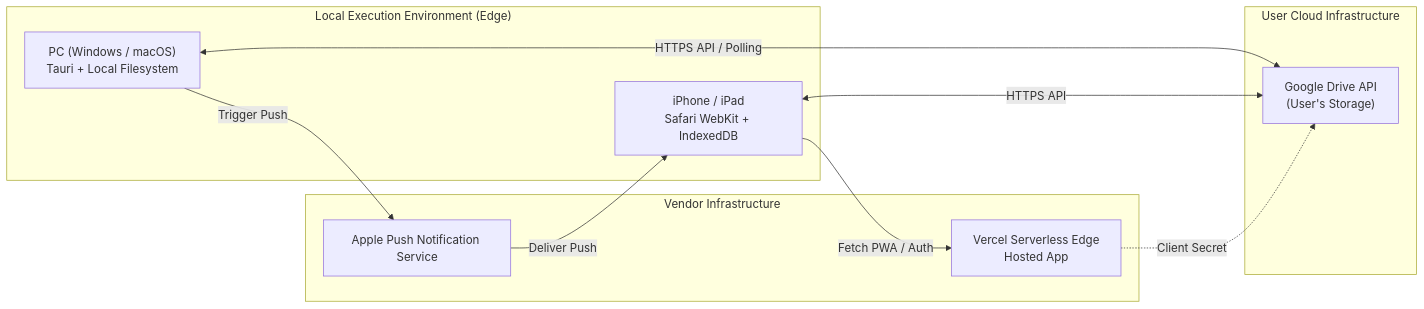
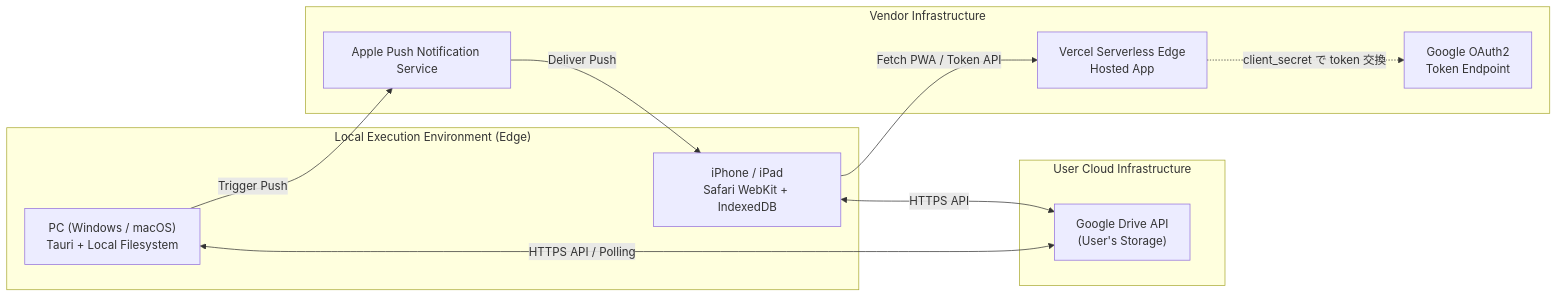
Before and after one commit to ore-no-fusen/ore-no-fusen: the third of 3 diagrams in docs-v2/006_ARCHITECTURE.md, drawn with Mermaid. The commit also changed other lines of this file and 32 other files, not shown here.

````diff
--- a/docs-v2/006_ARCHITECTURE.md
+++ b/docs-v2/006_ARCHITECTURE.md
@@ -161,23 +171,24 @@
 ```mermaid
 flowchart LR
     subgraph "Local Execution Environment (Edge)"
         PC["PC (Windows / macOS)<br>Tauri + Local Filesystem"]
         IPHONE["iPhone / iPad<br>Safari WebKit + IndexedDB"]
     end
 
     subgraph "User Cloud Infrastructure"
         DRIVE["Google Drive API <br> (User's Storage)"]
     end
 
     subgraph "Vendor Infrastructure"
         VERCEL["Vercel Serverless Edge<br>Hosted App"]
+        OAUTH["Google OAuth2<br>Token Endpoint"]
         APNS["Apple Push Notification Service"]
     end
 
     PC <-->|HTTPS API / Polling| DRIVE
     IPHONE <-->|HTTPS API| DRIVE
-    IPHONE -->|Fetch PWA / Auth| VERCEL
+    IPHONE -->|Fetch PWA / Token API| VERCEL
     PC -->|Trigger Push| APNS
     APNS -->|Deliver Push| IPHONE
-    VERCEL -.->|Client Secret| DRIVE
+    VERCEL -.->|client_secret で token 交換| OAUTH
 ```
````
